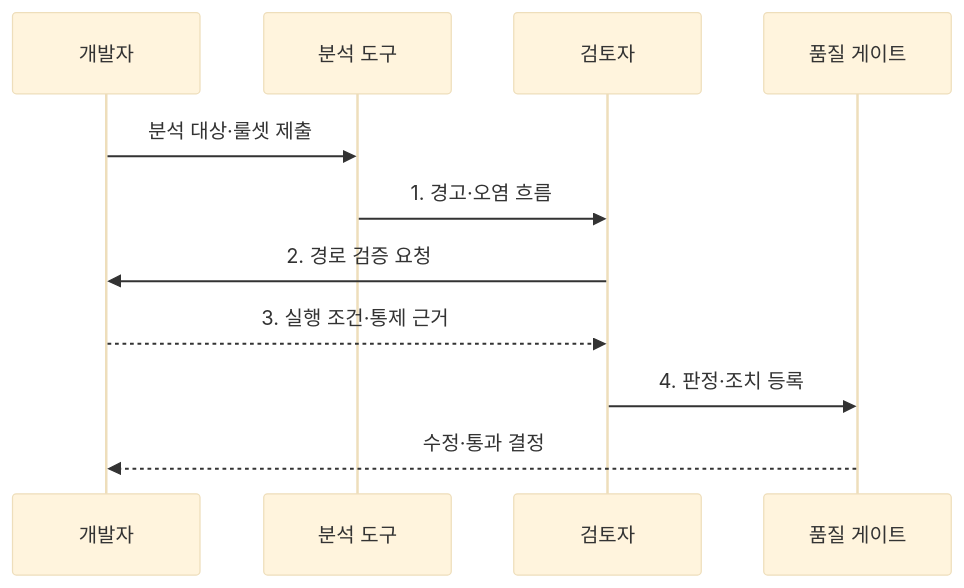
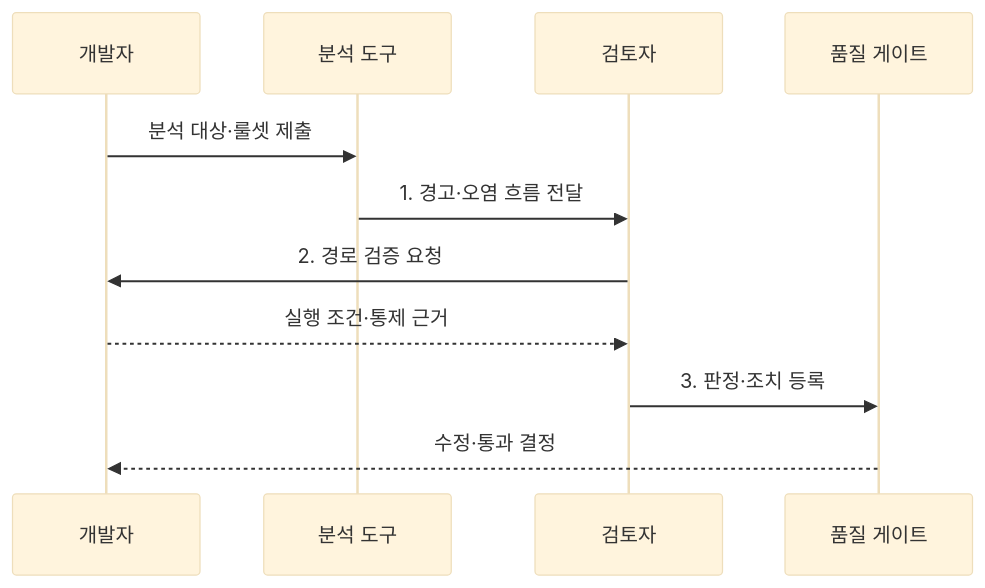
Before and after one commit to agnusdei1207/knowledge-base: the second of 2 diagrams in src/content/docs/notes/06-evaluation/036_static_analysis_interpretation.md, drawn with Mermaid (base theme). The commit also changed other lines of this file and 20 other files, not shown here.

````diff
--- a/src/content/docs/notes/06-evaluation/036_static_analysis_interpretation.md
+++ b/src/content/docs/notes/06-evaluation/036_static_analysis_interpretation.md
@@ -87,13 +85,13 @@
 ```mermaid
 sequenceDiagram
     participant D as 개발자
     participant T as 분석 도구
     participant R as 검토자
     participant G as 품질 게이트
     D->>T: 분석 대상·룰셋 제출
-    T->>R: 1. 경고·오염 흐름
+    T->>R: 1. 경고·오염 흐름 전달
     R->>D: 2. 경로 검증 요청
-    D-->>R: 3. 실행 조건·통제 근거
-    R->>G: 4. 판정·조치 등록
+    D-->>R: 실행 조건·통제 근거
+    R->>G: 3. 판정·조치 등록
     G-->>D: 수정·통과 결정
 ```
````
